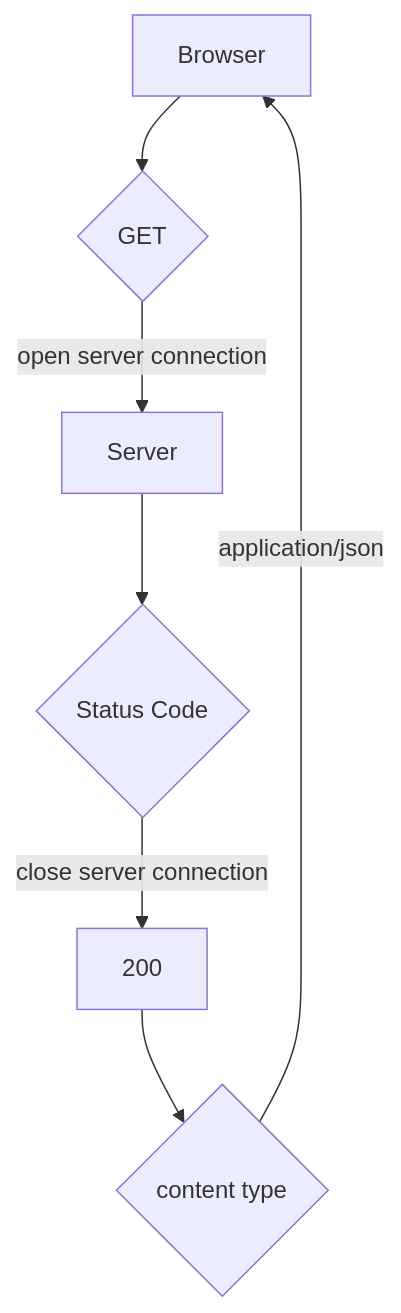
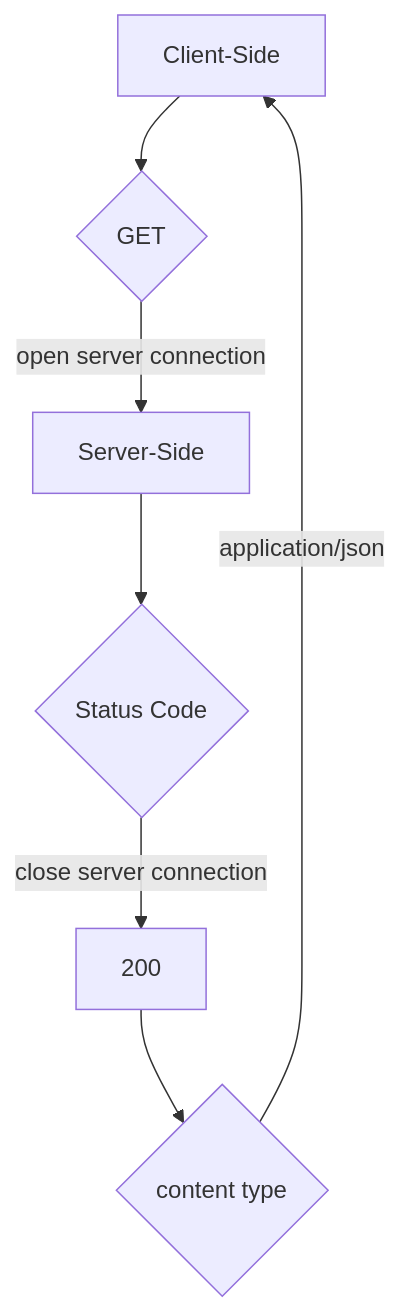
One commit to vscorza0093/frontend-tecnologies changed the fifth of 5 diagrams in fullstackopen-helsinki/part0/exercises/0.4/README.md. Above: the diagram before and after it, drawn with Mermaid. The commit also changed other lines of this file, not shown here.

````diff
--- a/fullstackopen-helsinki/part0/exercises/0.4/README.md
+++ b/fullstackopen-helsinki/part0/exercises/0.4/README.md
@@ -64,13 +64,13 @@
 ```mermaid
 ---
 Helsinki Fullstack Open - part 0 exercise 4
 data.json
 ---
 flowchart TD
-    A[Browser] --> B{GET}
+    A[Client-Side] --> B{GET}
     B --> |open server connection| C
-    C[Server] --> D{Status Code}
+    C[Server-Side] --> D{Status Code}
     D -->|close server connection| E[200]
     E --> F{content type}
     F --> |application/json| A
 ```
````
